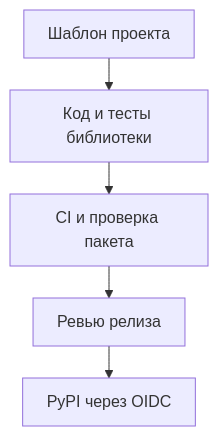
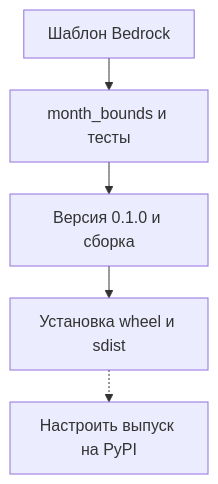
One commit to bedrock-python/bedrock-python.github.io changed the diagram in translations/ru/blog/posts/2026-09-13-python-library-from-template-to-release.md. Above: the diagram before and after it, drawn with Mermaid. The commit also changed other lines of this file and 59 other files, not shown here.

Commit message:
Обновление статьи "Python-библиотека от шаблона до релиза": изменение описания на более конкретное, отражающее контекст использования библиотеки для расчета отчетных периодов. Обновление аннотации в главном индексе.

````diff
--- a/translations/ru/blog/posts/2026-09-13-python-library-from-template-to-release.md
+++ b/translations/ru/blog/posts/2026-09-13-python-library-from-template-to-release.md
@@ -81,22 +214,23 @@
 ```mermaid
 ---
 config:
   theme: default
   look: classic
   flowchart:
     useMaxWidth: false
     wrappingWidth: 150
     padding: 12
     nodeSpacing: 24
     rankSpacing: 32
 ---
 flowchart TD
-    accTitle: Общий процесс, независимые релизы
-    accDescr: Шаблон задаёт структуру проекта и проверки. Каждая библиотека проходит CI, собирается в пакет и публикуется под собственной версией через разрешённый workflow.
-    A["Шаблон проекта"]
-    B["Код и тесты библиотеки"]
-    C["CI и проверка пакета"]
-    D["Ревью релиза"]
-    E["PyPI через OIDC"]
-    A --> B --> C --> D --> E
+    accTitle: От полезной функции до установленного пакета
+    accDescr: Локальный практикум проходит путь от шаблона до установки wheel и sdist. Публикация на PyPI требует отдельной настройки GitHub и PyPI.
+    A["Шаблон Bedrock"]
+    B["month_bounds и тесты"]
+    C["Версия 0.1.0 и сборка"]
+    D["Установка wheel и sdist"]
+    E["Настроить выпуск на PyPI"]
+    A --> B --> C --> D
+    D -.-> E
 ```
````
